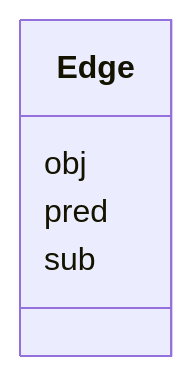
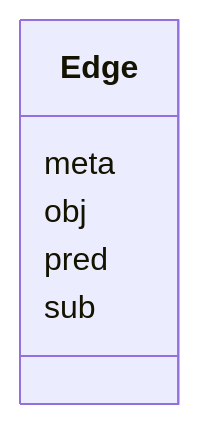
Before and after one commit to INCATools/ontology-access-kit: the diagram in obograph/Edge.md, drawn with Mermaid. The commit also changed other lines of this file and 90 other files, not shown here.

````diff
--- a/obograph/Edge.md
+++ b/obograph/Edge.md
@@ -8,8 +8,9 @@
 ```{mermaid}
  classDiagram
     class Edge
+      Edge : meta
       Edge : obj
       Edge : pred
       Edge : sub
       
 ```
````
